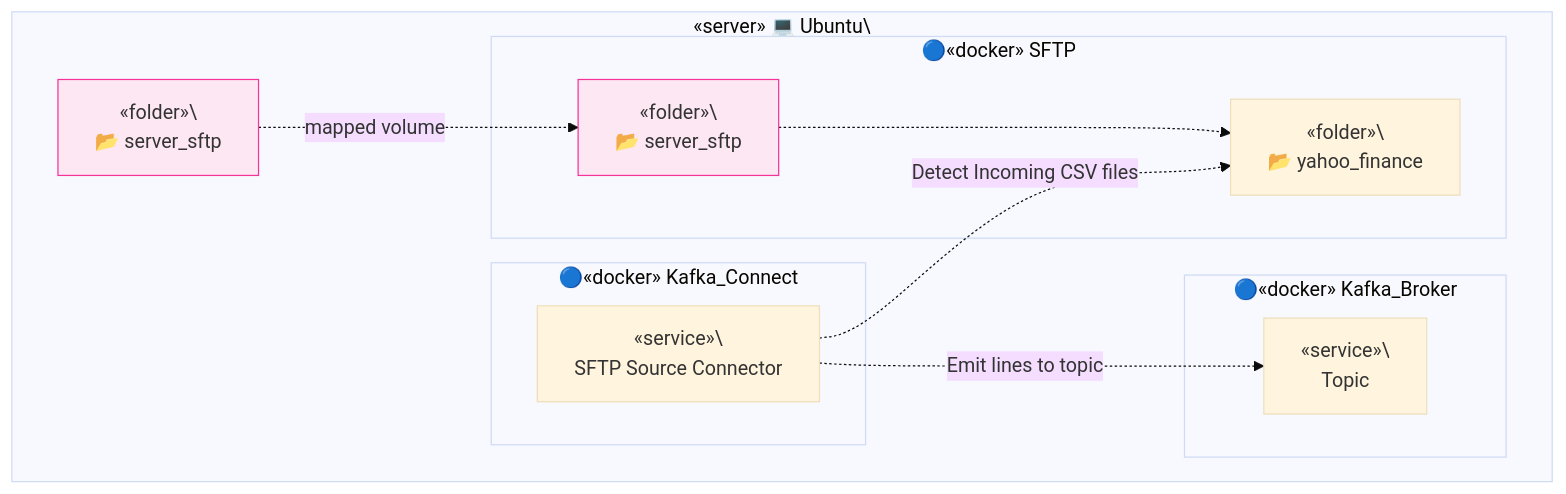
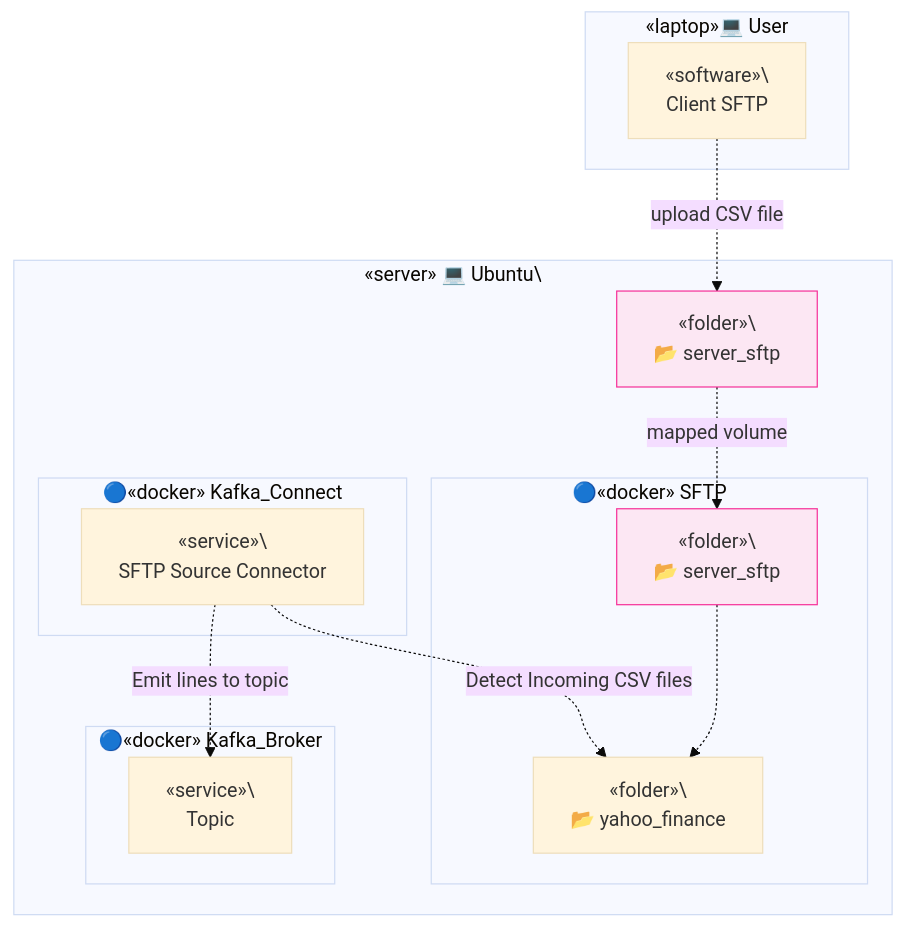
One commit to TrulyDigital/DATA_STREET changed the fifth of 5 diagrams in server_sftp/README.md. Above: the diagram before and after it, drawn with Mermaid (base theme).

Commit message:
feat: server-sftp update config yaml

````diff
--- a/server_sftp/README.md
+++ b/server_sftp/README.md
@@ -96,29 +96,34 @@
 ```mermaid
 graph TD
+    subgraph Container_E [«laptop»💻 User]
+        E1[«software»\<br> Client SFTP]
+    end
+
     subgraph Container_A [«server» 💻 Ubuntu\<br/>]
         A1[«folder»\<br/> 📂 server_sftp]
         A1:::note_a1
 
         subgraph Container_B [🔵«docker» SFTP]
             B1[«folder»\<br/> 📂 server_sftp]
             B1:::note_b1
             B2[«folder»\<br/> 📂 yahoo_finance]
         end
 
         subgraph Container_C [🔵«docker» Kafka_Connect]
             C1[«service»\<br/> SFTP Source Connector]
         end
 
         subgraph Container_D [🔵«docker» Kafka_Broker]
             D1[«service»\<br/> Topic]
         end 
 
+        E1 -. upload CSV file .-> A1
         A1 -. mapped volume .-> B1
         B1 -.-> B2
         C1 -. Detect Incoming CSV files .-> B2
         C1 -. Emit lines to topic .-> D1
 
         classDef note_a1 fill:#fce7f3,stroke:#f6339a,stroke-width:1px;
         classDef note_b1 fill:#fce7f3,stroke:#f6339a,stroke-width:1px;
     end
 ```
````
